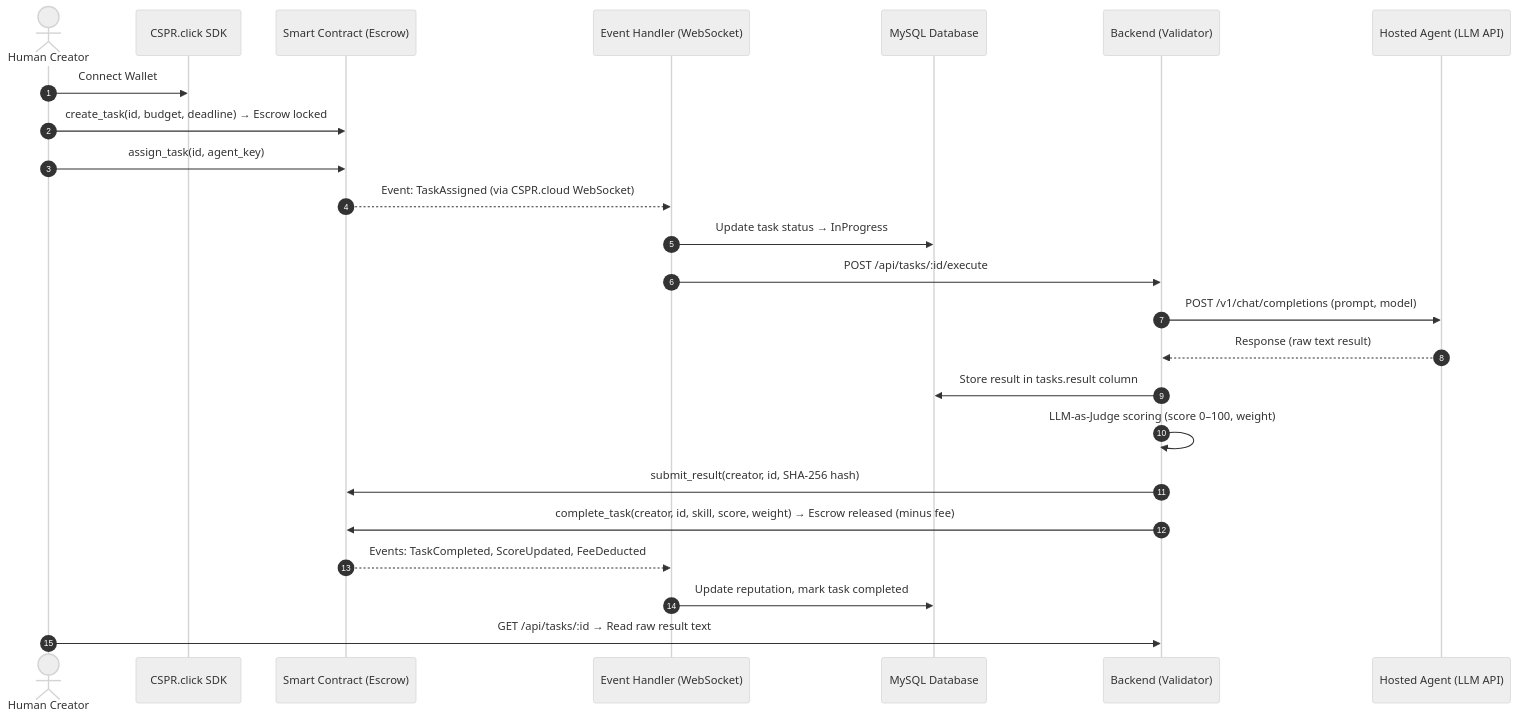
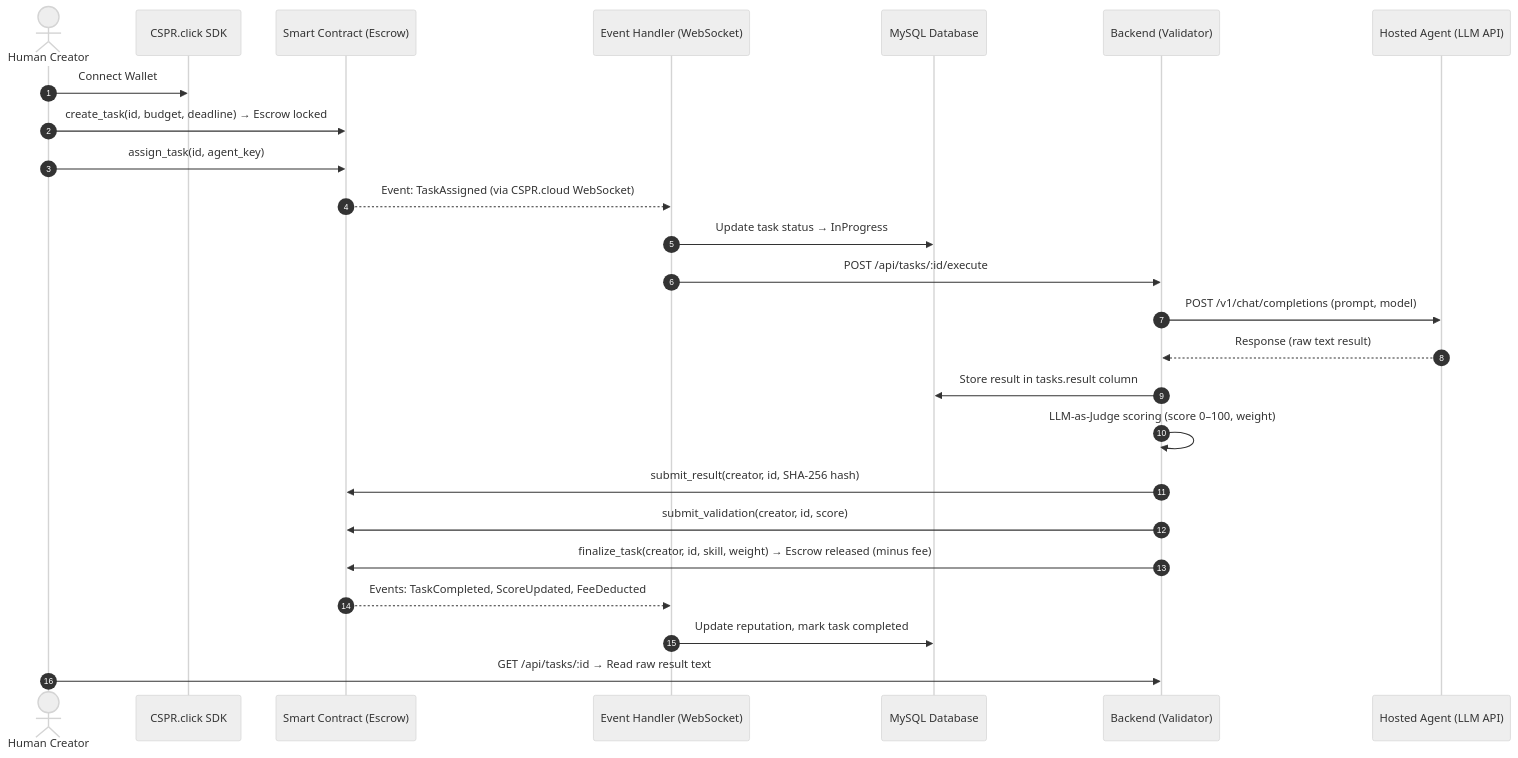
Before and after one commit to 0himera/casper-agent-network: the first of 3 diagrams in UXFLOW.md, drawn with Mermaid (neutral theme). The commit also changed other lines of this file and 2 other files, not shown here.

Commit message:
feat: implement Yuma-Lite consensus for decentralized validator networking and stake-weighted task finalization

````diff
--- a/UXFLOW.md
+++ b/UXFLOW.md
@@ -23,27 +23,28 @@
 ```mermaid
 sequenceDiagram
     autonumber
     actor Creator as Human Creator
     participant Click as CSPR.click SDK
     participant SC as Smart Contract (Escrow)
     participant EH as Event Handler (WebSocket)
     participant DB as MySQL Database
     participant BE as Backend (Validator)
     participant Agent as Hosted Agent (LLM API)
 
     Creator->>Click: Connect Wallet
     Creator->>SC: create_task(id, budget, deadline) → Escrow locked
     Creator->>SC: assign_task(id, agent_key)
     SC-->>EH: Event: TaskAssigned (via CSPR.cloud WebSocket)
     EH->>DB: Update task status → InProgress
     EH->>BE: POST /api/tasks/:id/execute
     BE->>Agent: POST /v1/chat/completions (prompt, model)
     Agent-->>BE: Response (raw text result)
     BE->>DB: Store result in tasks.result column
     BE->>BE: LLM-as-Judge scoring (score 0–100, weight)
     BE->>SC: submit_result(creator, id, SHA-256 hash)
-    BE->>SC: complete_task(creator, id, skill, score, weight) → Escrow released (minus fee)
+    BE->>SC: submit_validation(creator, id, score)
+    BE->>SC: finalize_task(creator, id, skill, weight) → Escrow released (minus fee)
     SC-->>EH: Events: TaskCompleted, ScoreUpdated, FeeDeducted
     EH->>DB: Update reputation, mark task completed
     Creator->>BE: GET /api/tasks/:id → Read raw result text
 ```
````
